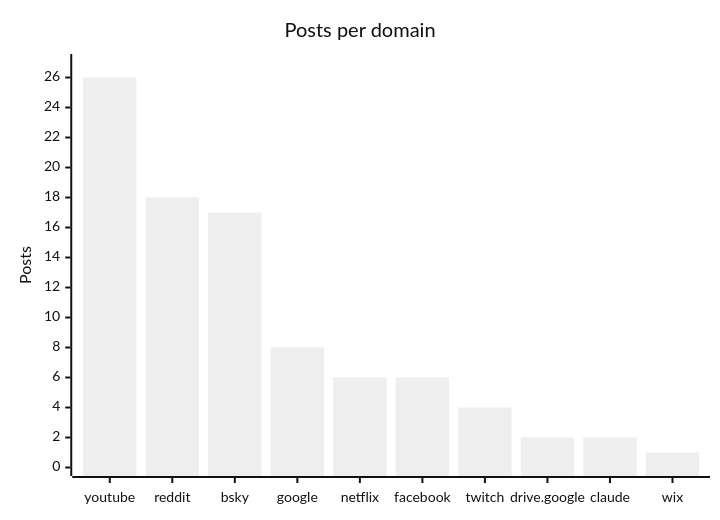
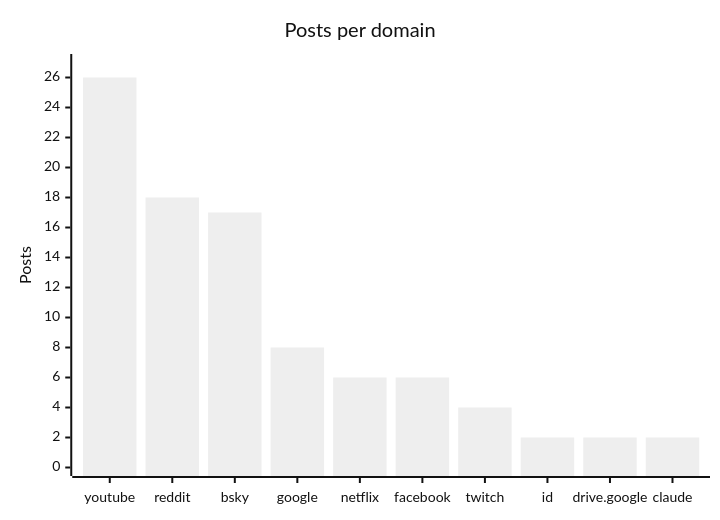
One commit to martinbalfanz/social-scanner-reports changed the fourth of 4 diagrams in README.md. Above: the diagram before and after it, drawn with Mermaid (neutral theme). The commit also changed other lines of this file and 6 other files, not shown here.

````diff
--- a/README.md
+++ b/README.md
@@ -58,7 +58,7 @@
 ```mermaid
 xychart-beta
     title "Posts per domain"
-    x-axis ["youtube", "reddit", "bsky", "google", "netflix", "facebook", "twitch", "drive.google", "claude", "wix"]
+    x-axis ["youtube", "reddit", "bsky", "google", "netflix", "facebook", "twitch", "id", "drive.google", "claude"]
     y-axis "Posts" 0 --> 27
-    bar [26, 18, 17, 8, 6, 6, 4, 2, 2, 1]
+    bar [26, 18, 17, 8, 6, 6, 4, 2, 2, 2]
 ```
````
